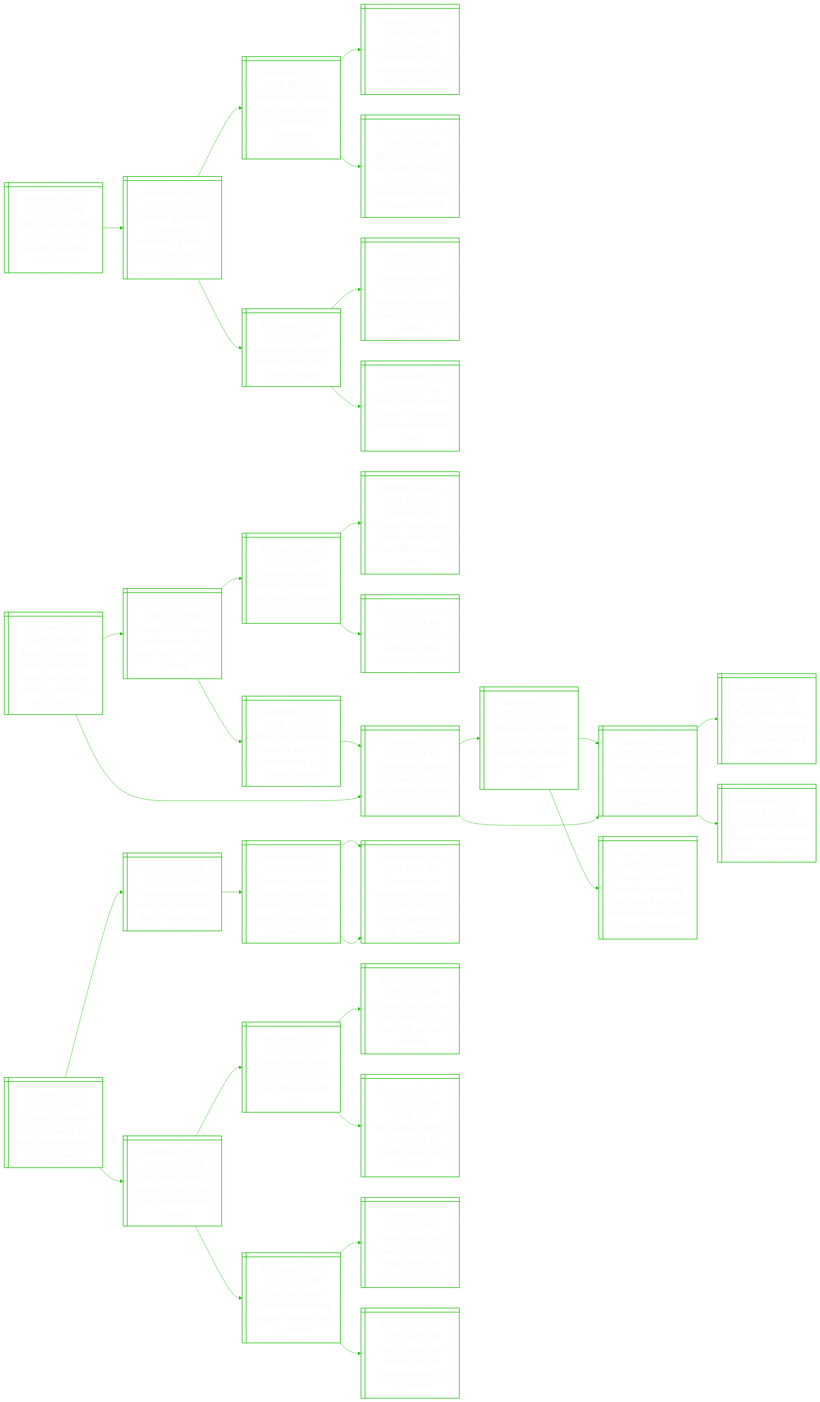
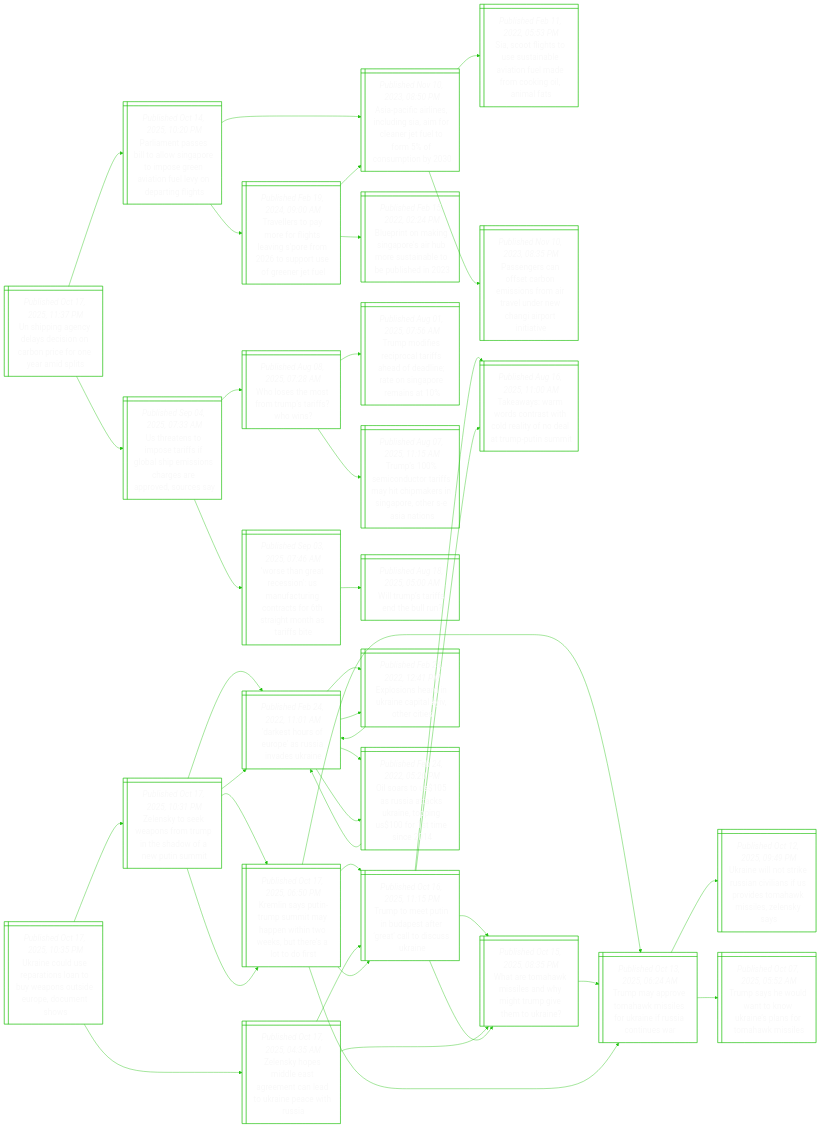
Before and after one commit to notJmes/notJmes: the diagram in README.md, drawn with Mermaid. The commit also changed other lines of this file, not shown here.

````diff
--- a/README.md
+++ b/README.md
@@ -16,109 +16,130 @@
 flowchart LR
 classDef txtsize font-size:20px;
 
-VaiiatweActc@{ shape: win-pane, label: "_Published Oct 17, 2025, 07:31 PM_
-Vatican visit by king charles to show closening anglican-catholic ties" }
-Wanrsfeytffecnd@{ shape: win-pane, label: "_Published Oct 03, 2025, 05:12 PM_
-Woman appointed archbishop of canterbury a historic first for the church of england" }
-TmerusdchCrann@{ shape: win-pane, label: "_Published Oct 01, 2025, 10:49 PM_
-Two women seen as front runners ahead of archbishop of canterbury announcement" }
-Aiotrtlsobcl@{ shape: win-pane, label: "_Published Nov 12, 2024, 10:09 PM_
-Archbishop of canterbury justin welby resigns over abuse scandal" }
-BpvoufaanantCeo@{ shape: win-pane, label: "_Published Jan 29, 2025, 04:08 AM_
-Bishop of liverpool accused of sexual assault and harassment, britain’s channel 4 reports" }
-VaupfdeIri@{ shape: win-pane, label: "_Published Oct 03, 2025, 11:05 AM_
-Virtual jesus? people of faith divided as ai enters religion" }
-BnoutuBtonweln@{ shape: win-pane, label: "_Published Feb 14, 2025, 11:49 AM_
-Bhutanese monks, nuns to test buddhabot ai tool to expand knowledge in religion" }
-SchiJipctsha@{ shape: win-pane, label: "_Published Nov 20, 2024, 11:00 PM_
-Swiss church unveils ‘ai jesus’ in art project that melds faith and data" }
+Upayyiobireii@{ shape: win-pane, label: "_Published Oct 17, 2025, 11:37 PM_
+Un shipping agency delays decision on carbon price for one year amid splits" }
+Papstogeprvoloagh@{ shape: win-pane, label: "_Published Oct 14, 2025, 10:20 PM_
+Parliament passes bill to allow singapore to impose green aviation fuel levy on departing flights" }
+AaciniAoaelropb@{ shape: win-pane, label: "_Published Nov 10, 2023, 08:50 PM_
+Asia-pacific airlines, including sia, aim for cleaner jet fuel to form 5% of consumption by 2030" }
+Soitsietudmilas@{ shape: win-pane, label: "_Published Feb 11, 2022, 05:53 PM_
+Sia, scoot flights to use sustainable aviation fuel made from cooking oil, animal fats" }
+PncfaeirreeCioii@{ shape: win-pane, label: "_Published Nov 10, 2023, 08:35 PM_
+Passengers can offset carbon emissions from air travel under new changi airport initiative" }
+Tltmogegetpsrru@{ shape: win-pane, label: "_Published Feb 19, 2024, 09:00 AM_
+Travellers to pay more for flights leaving s’pore from 2026 to support use of greener jet fuel" }
+AaciniAoaelropb@{ shape: win-pane, label: "_Published Nov 10, 2023, 08:50 PM_
+Asia-pacific airlines, including sia, aim for cleaner jet fuel to form 5% of consumption by 2030" }
+Brnngehrtbbld@{ shape: win-pane, label: "_Published Feb 15, 2022, 02:24 PM_
+Blueprint on making singapore's air hub more sustainable to be published in 2023" }
+Uespasohinrrrse@{ shape: win-pane, label: "_Published Sep 04, 2025, 07:33 AM_
+Us threatens to impose tariffs if global ship emissions charges are approved, sources say" }
+Wsefrtfw@{ shape: win-pane, label: "_Published Aug 08, 2025, 07:28 AM_
+Who loses the most from trump’s tariffs? who wins?" }
+Tmiccraodrnarn@{ shape: win-pane, label: "_Published Aug 01, 2025, 07:56 AM_
+Trump modifies reciprocal tariffs ahead of deadline; rate on singapore remains at 10%" }
+TsccasipriohAas@{ shape: win-pane, label: "_Published Aug 07, 2025, 11:15 AM_
+Trump’s 100% semiconductor tariffs may hit chipmakers in singapore, other s-e asia nations" }
+Wtreimainttamaii@{ shape: win-pane, label: "_Published Sep 03, 2025, 07:46 AM_
+‘worse than great recession’: us manufacturing contracts for 6th straight month as tariffs bite" }
+Wrtftl@{ shape: win-pane, label: "_Published Aug 18, 2025, 05:00 AM_
+Will trump’s tariffs end the bull run?" }
 
-VaiiatweActc:::txtsize --> Wanrsfeytffecnd:::txtsize
-Wanrsfeytffecnd:::txtsize --> TmerusdchCrann:::txtsize
-TmerusdchCrann:::txtsize --> Aiotrtlsobcl:::txtsize
-TmerusdchCrann:::txtsize --> BpvoufaanantCeo:::txtsize
-Wanrsfeytffecnd:::txtsize --> VaupfdeIri:::txtsize
-VaupfdeIri:::txtsize --> BnoutuBtonweln:::txtsize
-VaupfdeIri:::txtsize --> SchiJipctsha:::txtsize
+Upayyiobireii:::txtsize --> Papstogeprvoloagh:::txtsize
+Papstogeprvoloagh:::txtsize --> AaciniAoaelropb:::txtsize
+AaciniAoaelropb:::txtsize --> Soitsietudmilas:::txtsize
+AaciniAoaelropb:::txtsize --> PncfaeirreeCioii:::txtsize
+Papstogeprvoloagh:::txtsize --> Tltmogegetpsrru:::txtsize
+Tltmogegetpsrru:::txtsize --> AaciniAoaelropb:::txtsize
+Tltmogegetpsrru:::txtsize --> Brnngehrtbbld:::txtsize
+Upayyiobireii:::txtsize --> Uespasohinrrrse:::txtsize
+Uespasohinrrrse:::txtsize --> Wsefrtfw:::txtsize
+Wsefrtfw:::txtsize --> Tmiccraodrnarn:::txtsize
+Wsefrtfw:::txtsize --> TsccasipriohAas:::txtsize
+Uespasohinrrrse:::txtsize --> Wtreimainttamaii:::txtsize
+Wtreimainttamaii:::txtsize --> Wrtftl:::txtsize
 
+Unlrastwnsudeo@{ shape: win-pane, label: "_Published Oct 17, 2025, 10:35 PM_
+Ukraine could use reparations loan to buy weapons outside europe, document shows" }
+ZssesTisweim@{ shape: win-pane, label: "_Published Oct 17, 2025, 10:31 PM_
+Zelensky to seek weapons from trump in the shadow of a new putin summit" }
+Kisnpihniwbelds@{ shape: win-pane, label: "_Published Oct 17, 2025, 06:50 PM_
+Kremlin says putin-trump summit may happen within two weeks, but there’s a lot to do first" }
+Tttndtrttcke@{ shape: win-pane, label: "_Published Oct 16, 2025, 11:15 PM_
+Trump to meet putin in budapest after ‘great’ call to discuss ukraine" }
+TmpTasskesour@{ shape: win-pane, label: "_Published Oct 13, 2025, 06:24 AM_
+Trump may approve tomahawk missiles for ukraine if russia continues war" }
+DsruasvUn@{ shape: win-pane, label: "_Published Feb 24, 2022, 11:01 AM_
+'darkest hours of europe' as russia invades ukraine" }
+Eshiaalocs@{ shape: win-pane, label: "_Published Feb 24, 2022, 12:41 PM_
+Explosions heard in ukraine capital kyiv, other cities" }
+OaUuakaogrmc@{ shape: win-pane, label: "_Published Feb 24, 2022, 05:20 PM_
+Oil soars to us$105 as russia attacks ukraine, topping us$100 for 1st time since 2014" }
+Zspdarnloiats@{ shape: win-pane, label: "_Published Oct 17, 2025, 04:35 AM_
+Zelensky hopes middle east agreement can lead to ukraine peace with russia" }
+Tttndtrttcke@{ shape: win-pane, label: "_Published Oct 16, 2025, 11:15 PM_
+Trump to meet putin in budapest after ‘great’ call to discuss ukraine" }
+Twarntceydtpni@{ shape: win-pane, label: "_Published Aug 16, 2025, 11:00 AM_
+Takeaways: warm words contrast with cold reality of no deal at trump-putin summit" }
+Wramldirieke@{ shape: win-pane, label: "_Published Oct 15, 2025, 08:35 PM_
+What are tomahawk missiles and why might trump give them to ukraine?" }
+Wramldirieke@{ shape: win-pane, label: "_Published Oct 15, 2025, 08:35 PM_
+What are tomahawk missiles and why might trump give them to ukraine?" }
+TmpTasskesour@{ shape: win-pane, label: "_Published Oct 13, 2025, 06:24 AM_
+Trump may approve tomahawk missiles for ukraine if russia continues war" }
+
+Unlrastwnsudeo:::txtsize --> ZssesTisweim:::txtsize
+ZssesTisweim:::txtsize --> Kisnpihniwbelds:::txtsize
+Kisnpihniwbelds:::txtsize --> Tttndtrttcke:::txtsize
+Kisnpihniwbelds:::txtsize --> TmpTasskesour:::txtsize
+ZssesTisweim:::txtsize --> DsruasvUn:::txtsize
+DsruasvUn:::txtsize --> Eshiaalocs:::txtsize
+DsruasvUn:::txtsize --> OaUuakaogrmc:::txtsize
+Unlrastwnsudeo:::txtsize --> Zspdarnloiats:::txtsize
+Zspdarnloiats:::txtsize --> Tttndtrttcke:::txtsize
+Tttndtrttcke:::txtsize --> Twarntceydtpni:::txtsize
+Tttndtrttcke:::txtsize --> Wramldirieke:::txtsize
+Zspdarnloiats:::txtsize --> Wramldirieke:::txtsize
+Wramldirieke:::txtsize --> TmpTasskesour:::txtsize
+
+ZssesTisweim@{ shape: win-pane, label: "_Published Oct 17, 2025, 10:31 PM_
+Zelensky to seek weapons from trump in the shadow of a new putin summit" }
 Kisnpihniwbelds@{ shape: win-pane, label: "_Published Oct 17, 2025, 06:50 PM_
 Kremlin says putin-trump summit may happen within two weeks, but there’s a lot to do first" }
 Tttndtrttcke@{ shape: win-pane, label: "_Published Oct 16, 2025, 11:15 PM_
 Trump to meet putin in budapest after ‘great’ call to discuss ukraine" }
 Twarntceydtpni@{ shape: win-pane, label: "_Published Aug 16, 2025, 11:00 AM_
 Takeaways: warm words contrast with cold reality of no deal at trump-putin summit" }
-TaeaZsmdisfegn@{ shape: win-pane, label: "_Published Aug 16, 2025, 07:20 AM_
-Trump advises ukraine’s zelensky to ‘make a deal’ with russia after meeting putin" }
-Hioittrihp@{ shape: win-pane, label: "_Published Aug 16, 2025, 08:34 AM_
-Highlights of putin statement after summit with trump" }
 Wramldirieke@{ shape: win-pane, label: "_Published Oct 15, 2025, 08:35 PM_
 What are tomahawk missiles and why might trump give them to ukraine?" }
-TmpTasskesour@{ shape: win-pane, label: "_Published Oct 13, 2025, 06:24 AM_
-Trump may approve tomahawk missiles for ukraine if russia continues war" }
 TmpTasskesour@{ shape: win-pane, label: "_Published Oct 13, 2025, 06:24 AM_
 Trump may approve tomahawk missiles for ukraine if russia continues war" }
 UnltRaispdmkieks@{ shape: win-pane, label: "_Published Oct 12, 2025, 09:49 PM_
 Ukraine will not strike russian civilians if us provides tomahawk missiles, zelensky says" }
 Tsedtwiloaml@{ shape: win-pane, label: "_Published Oct 07, 2025, 05:52 AM_
 Trump says he would want to know ukraine’s plans for tomahawk missiles" }
-RadoamlurSstaanae@{ shape: win-pane, label: "_Published Oct 08, 2025, 06:17 PM_
-Russia will destroy tomahawk missiles, launchers if us gives them to ukraine, says senior lawmaker" }
-Tsedtwiloaml@{ shape: win-pane, label: "_Published Oct 07, 2025, 05:52 AM_
-Trump says he would want to know ukraine’s plans for tomahawk missiles" }
-Tsuoolrnssai@{ shape: win-pane, label: "_Published Oct 06, 2025, 02:01 AM_
-Trump says putin’s offer on nuclear arms control ‘sounds like a good idea’" }
-Uamlpsrueus@{ shape: win-pane, label: "_Published Oct 03, 2025, 03:15 AM_
-Us tomahawk missile shipments to ukraine unlikely, sources say" }
+DsruasvUn@{ shape: win-pane, label: "_Published Feb 24, 2022, 11:01 AM_
+'darkest hours of europe' as russia invades ukraine" }
+Eshiaalocs@{ shape: win-pane, label: "_Published Feb 24, 2022, 12:41 PM_
+Explosions heard in ukraine capital kyiv, other cities" }
+DsruasvUn@{ shape: win-pane, label: "_Published Feb 24, 2022, 11:01 AM_
+'darkest hours of europe' as russia invades ukraine" }
+OaUuakaogrmc@{ shape: win-pane, label: "_Published Feb 24, 2022, 05:20 PM_
+Oil soars to us$105 as russia attacks ukraine, topping us$100 for 1st time since 2014" }
+DsruasvUn@{ shape: win-pane, label: "_Published Feb 24, 2022, 11:01 AM_
+'darkest hours of europe' as russia invades ukraine" }
 
+ZssesTisweim:::txtsize --> Kisnpihniwbelds:::txtsize
 Kisnpihniwbelds:::txtsize --> Tttndtrttcke:::txtsize
 Tttndtrttcke:::txtsize --> Twarntceydtpni:::txtsize
-Twarntceydtpni:::txtsize --> TaeaZsmdisfegn:::txtsize
-Twarntceydtpni:::txtsize --> Hioittrihp:::txtsize
 Tttndtrttcke:::txtsize --> Wramldirieke:::txtsize
-Wramldirieke:::txtsize --> TmpTasskesour:::txtsize
 Kisnpihniwbelds:::txtsize --> TmpTasskesour:::txtsize
 TmpTasskesour:::txtsize --> UnltRaispdmkieks:::txtsize
-UnltRaispdmkieks:::txtsize --> Tsedtwiloaml:::txtsize
-UnltRaispdmkieks:::txtsize --> RadoamlurSstaanae:::txtsize
 TmpTasskesour:::txtsize --> Tsedtwiloaml:::txtsize
-Tsedtwiloaml:::txtsize --> Tsuoolrnssai:::txtsize
-Tsedtwiloaml:::txtsize --> Uamlpsrueus:::txtsize
-
-Useotgdscfuee@{ shape: win-pane, label: "_Published Oct 17, 2025, 06:35 PM_
-Un says 560 tonnes of food entering gaza daily since ceasefire, but more needed" }
-Tdrzooetum@{ shape: win-pane, label: "_Published Oct 13, 2025, 05:59 AM_
-Trump declares gaza war ‘over’; hostages due to return home" }
-AtHfezerydatoGel@{ shape: win-pane, label: "_Published Sep 30, 2025, 06:45 AM_
-Amnesty for hamas fighters, gaza to be governed by ‘board of peace’: details of the gaza peace plan" }
-Tseaupoabmrnluo@{ shape: win-pane, label: "_Published Sep 30, 2025, 12:11 AM_
-Trump secures netanyahu’s support for gaza deal, but hamas’ agreement still in question" }
-Tseaupoabmrnluo@{ shape: win-pane, label: "_Published Sep 30, 2025, 12:11 AM_
-Trump secures netanyahu’s support for gaza deal, but hamas’ agreement still in question" }
-Auotamneead@{ shape: win-pane, label: "_Published Oct 15, 2025, 06:10 PM_
-Aid trucks roll into gaza as hamas hands over more hostage bodies" }
-Hhooeeearnc@{ shape: win-pane, label: "_Published Oct 15, 2025, 06:24 AM_
-Hamas hands over hostage bodies after israel threatens aid cut" }
-Tsausrsdaol@{ shape: win-pane, label: "_Published Oct 15, 2025, 03:10 AM_
-Trump says hamas must disarm or be disarmed, perhaps violently" }
-Thtndrltasact@{ shape: win-pane, label: "_Published Oct 14, 2025, 01:41 AM_
-Trump hails ‘tremendous day for middle east’ as leaders sign gaza declaration" }
-Tsscretniali@{ shape: win-pane, label: "_Published Oct 16, 2025, 12:10 AM_
-Trump says israel could resume fighting in gaza if hamas fails to disarm" }
-Hcewfkntrnucr@{ shape: win-pane, label: "_Published Oct 14, 2025, 12:30 AM_
-Hamas carries out wave of gaza killings, citing crime and security concerns" }
-Hstaoltesnv@{ shape: win-pane, label: "_Published Oct 16, 2025, 04:51 AM_
-Hamas says it has handed over all hostage remains it can recover" }
-
-Useotgdscfuee:::txtsize --> Tdrzooetum:::txtsize
-Tdrzooetum:::txtsize --> AtHfezerydatoGel:::txtsize
-AtHfezerydatoGel:::txtsize --> Tseaupoabmrnluo:::txtsize
-AtHfezerydatoGel:::txtsize --> Tseaupoabmrnluo:::txtsize
-Useotgdscfuee:::txtsize --> Auotamneead:::txtsize
-Auotamneead:::txtsize --> Hhooeeearnc:::txtsize
-Hhooeeearnc:::txtsize --> Tsausrsdaol:::txtsize
-Hhooeeearnc:::txtsize --> Thtndrltasact:::txtsize
-Auotamneead:::txtsize --> Tsscretniali:::txtsize
-Tsscretniali:::txtsize --> Hcewfkntrnucr:::txtsize
-Tsscretniali:::txtsize --> Hstaoltesnv:::txtsize
+ZssesTisweim:::txtsize --> DsruasvUn:::txtsize
+DsruasvUn:::txtsize --> Eshiaalocs:::txtsize
+Eshiaalocs:::txtsize --> DsruasvUn:::txtsize
+DsruasvUn:::txtsize --> OaUuakaogrmc:::txtsize
+OaUuakaogrmc:::txtsize --> DsruasvUn:::txtsize
 
 ```
````
